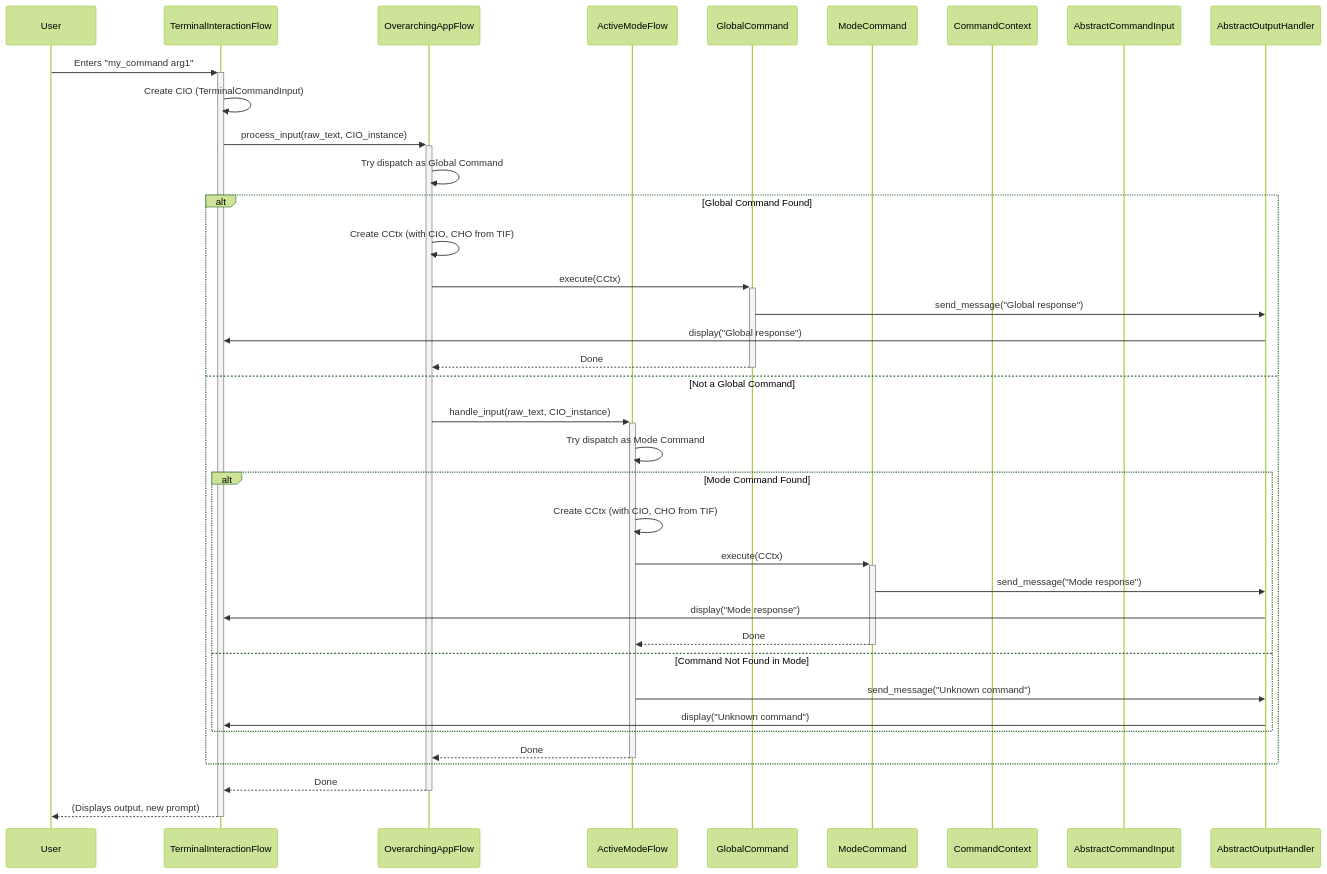
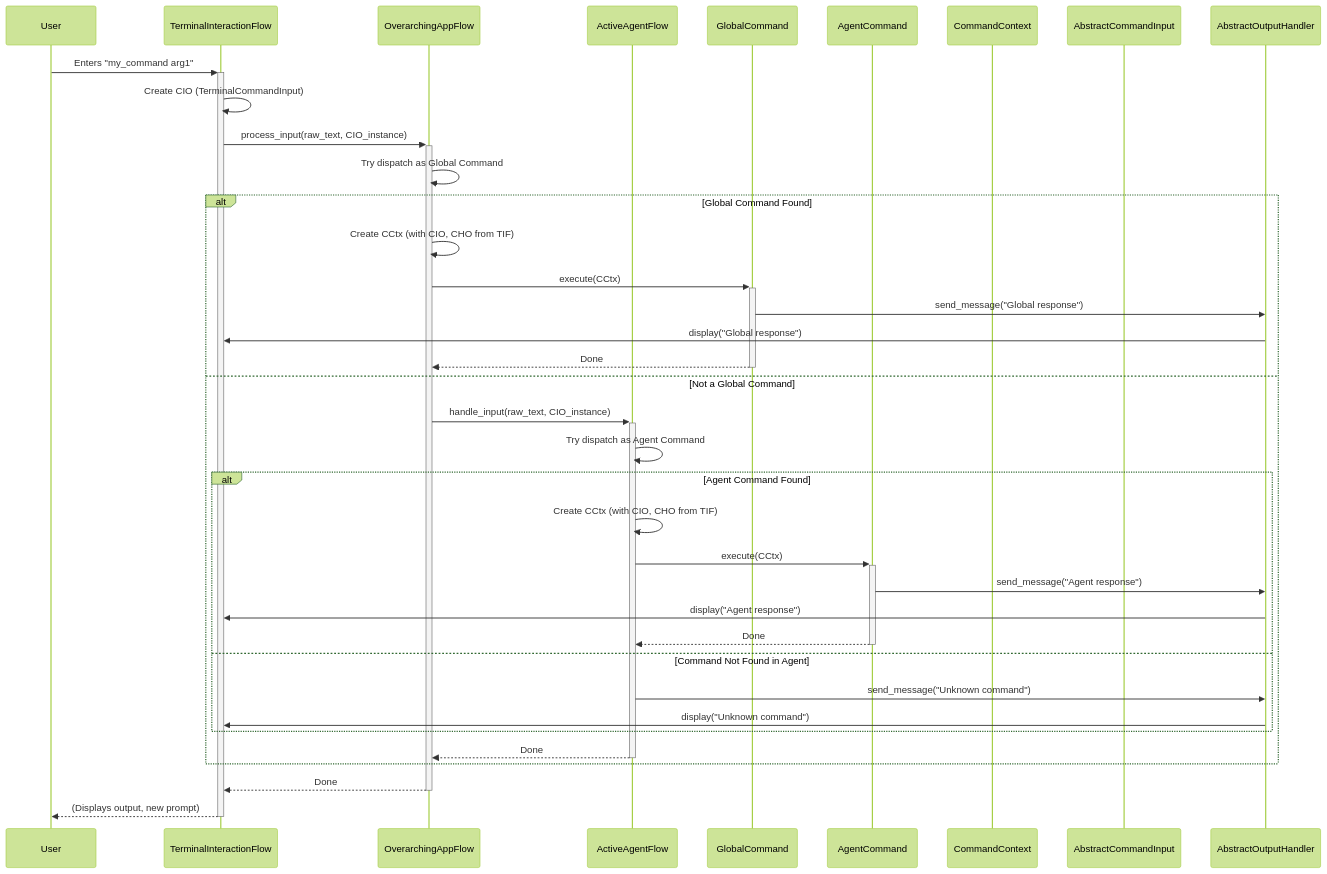
One commit to petarkabashki/pocket-commander changed the second of 2 diagrams in docs/pocketflow_centric_architecture_plan.md. Above: the diagram before and after it, drawn with Mermaid (forest theme). The commit also changed other lines of this file and 53 other files, not shown here.

````diff
--- a/docs/pocketflow_centric_architecture_plan.md
+++ b/docs/pocketflow_centric_architecture_plan.md
@@ -146,41 +146,41 @@
 ```mermaid
 sequenceDiagram
     participant User
     participant TIF as TerminalInteractionFlow
     participant OAF as OverarchingAppFlow
-    participant AMF as ActiveModeFlow
+    participant AMF as ActiveAgentFlow
     participant GlobalCmd as GlobalCommand
-    participant ModeCmd as ModeCommand
+    participant AgentCmd as AgentCommand
     participant CCtx as CommandContext
     participant CIO as AbstractCommandInput
     participant CHO as AbstractOutputHandler
 
     User->>+TIF: Enters "my_command arg1"
     TIF->>TIF: Create CIO (TerminalCommandInput)
     TIF->>+OAF: process_input(raw_text, CIO_instance)
     
     OAF->>OAF: Try dispatch as Global Command
     alt Global Command Found
         OAF->>OAF: Create CCtx (with CIO, CHO from TIF)
         OAF->>+GlobalCmd: execute(CCtx)
         GlobalCmd->>CHO: send_message("Global response")
         CHO->>TIF: display("Global response")
         GlobalCmd-->>-OAF: Done
     else Not a Global Command
         OAF->>+AMF: handle_input(raw_text, CIO_instance)
-        AMF->>AMF: Try dispatch as Mode Command
-        alt Mode Command Found
+        AMF->>AMF: Try dispatch as Agent Command
+        alt Agent Command Found
             AMF->>AMF: Create CCtx (with CIO, CHO from TIF)
-            AMF->>+ModeCmd: execute(CCtx)
-            ModeCmd->>CHO: send_message("Mode response")
-            CHO->>TIF: display("Mode response")
-            ModeCmd-->>-AMF: Done
-        else Command Not Found in Mode
+            AMF->>+AgentCmd: execute(CCtx)
+            AgentCmd->>CHO: send_message("Agent response")
+            CHO->>TIF: display("Agent response")
+            AgentCmd-->>-AMF: Done
+        else Command Not Found in Agent
             AMF->>CHO: send_message("Unknown command")
             CHO->>TIF: display("Unknown command")
         end
         AMF-->>-OAF: Done
     end
     OAF-->>-TIF: Done
     TIF-->>-User: (Displays output, new prompt)
 ```
````
